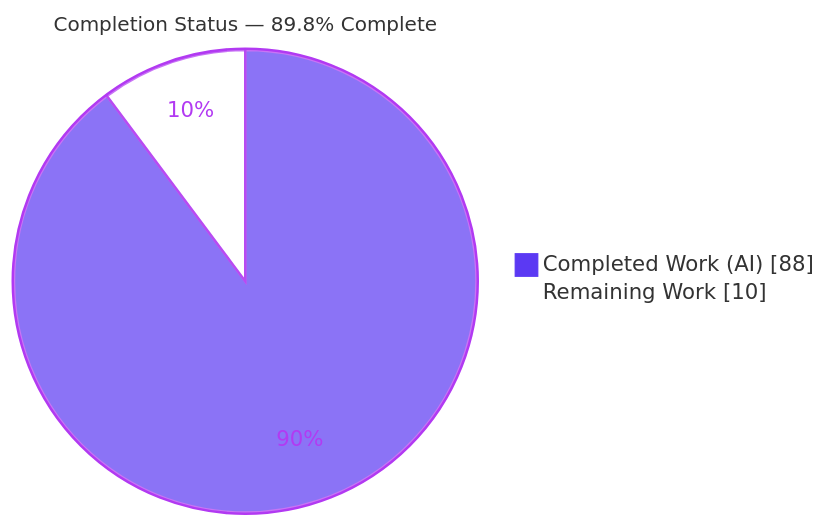
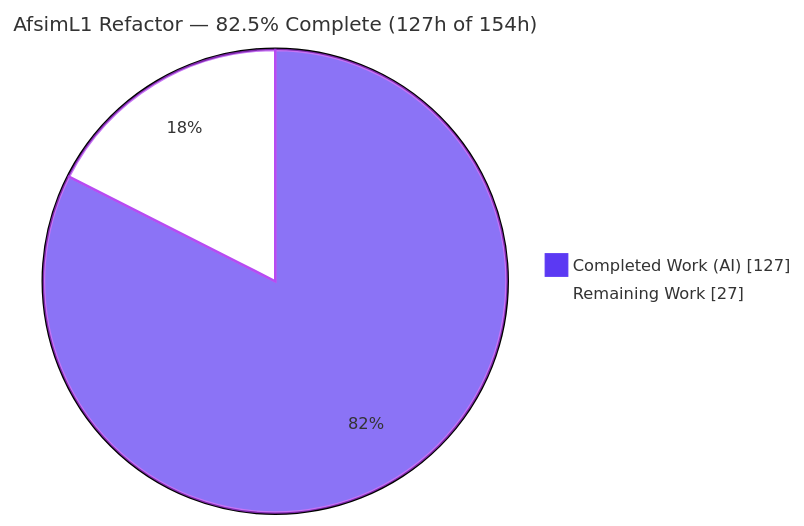
One commit to blitzy-public-samples/ardupilot-blitzy changed the first of 3 diagrams in blitzy/documentation/Project Guide.md. Above: the diagram before and after it, drawn with Mermaid. The commit also changed other lines of this file, not shown here.

Commit message:
Adding Blitzy Project Guide: Project Status and Human Tasks Remaining

````diff
--- a/blitzy/documentation/Project Guide.md
+++ b/blitzy/documentation/Project Guide.md
@@ -13,6 +17,7 @@
 ```mermaid
-%%{init: {'theme':'base', 'themeVariables': {'pie1':'#5B39F3','pie2':'#FFFFFF','pieStrokeColor':'#B23AF2','pieStrokeWidth':'2px','pieOuterStrokeColor':'#B23AF2','pieOuterStrokeWidth':'2px','pieTitleTextSize':'16px','pieSectionTextColor':'#B23AF2'}}}%%
-pie showData title Completion Status — 89.8% Complete
-    "Completed Work (AI)" : 88
-    "Remaining Work" : 10
+%%{init: {'theme':'base', 'themeVariables':{ 'pie1':'#5B39F3', 'pie2':'#FFFFFF', 'pieStrokeColor':'#B23AF2', 'pieStrokeWidth':'2px', 'pieOuterStrokeWidth':'2px', 'pieTitleTextSize':'16px', 'pieSectionTextSize':'13px', 'pieLegendTextSize':'13px'}}}%%
+pie showData
+    title AfsimL1 Refactor — 82.5% Complete (127h of 154h)
+    "Completed Work (AI)" : 127
+    "Remaining Work" : 27
 ```
````
